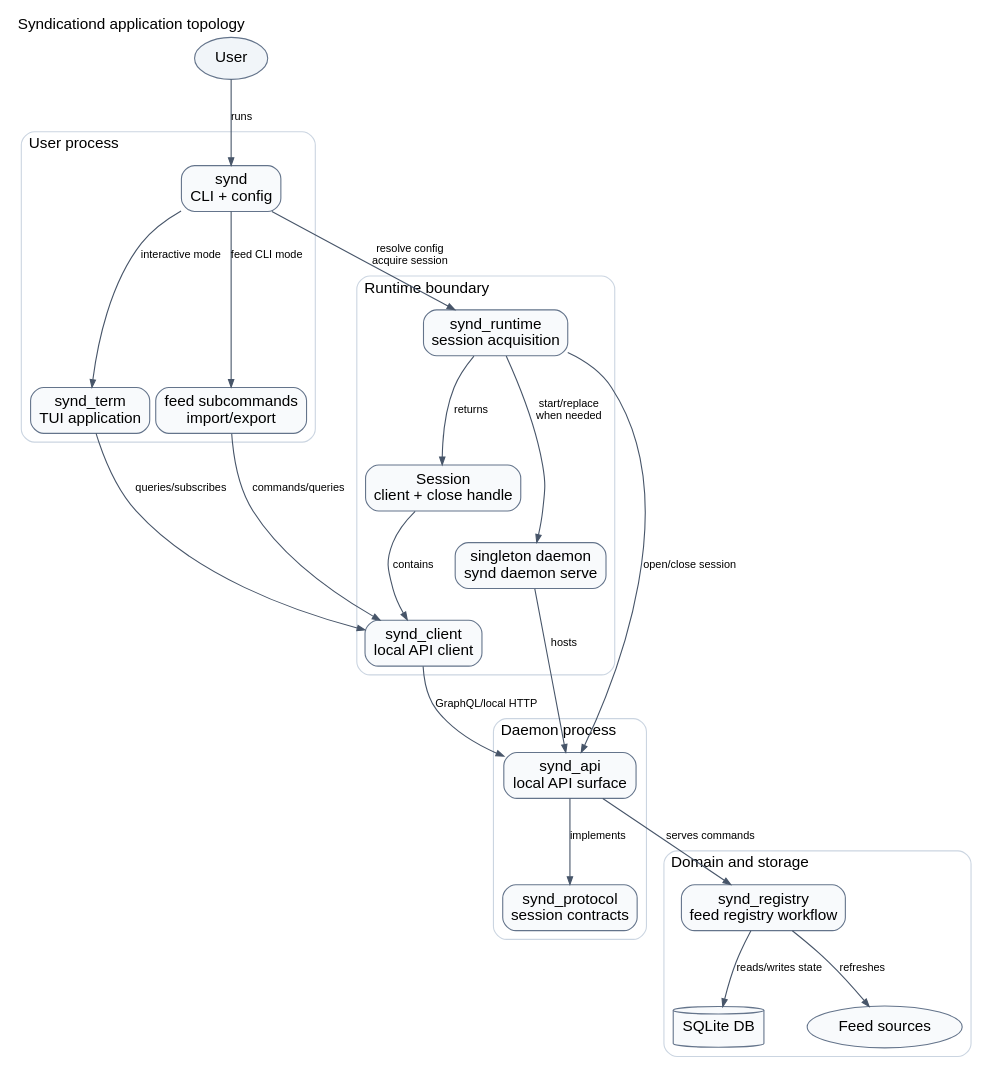
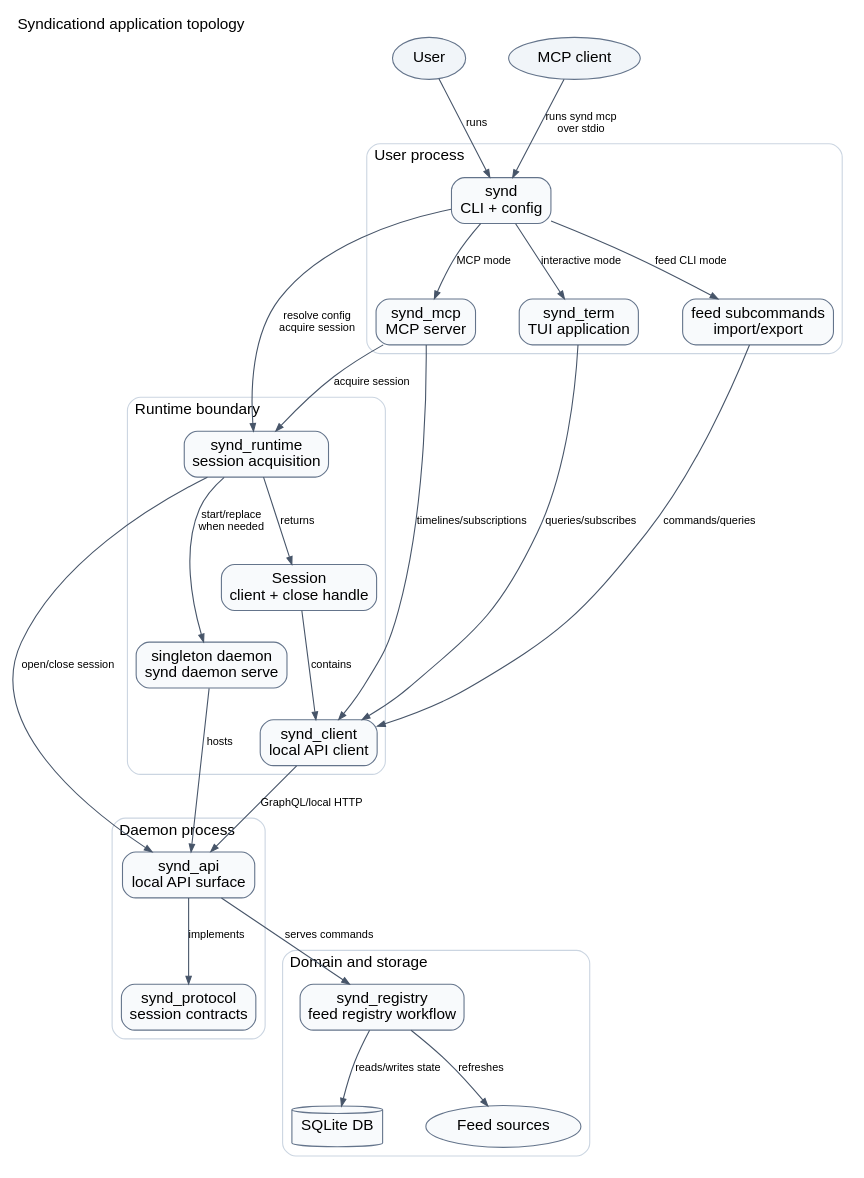
The diagram in etc/dot/overview.dot (ymgyt/syndicationd), drawn with Graphviz before and after one commit. The commit also changed 2 other files, not shown here.

Commit message:
doc: describe the shared daemon and MCP setup

```diff
--- a/etc/dot/overview.dot
+++ b/etc/dot/overview.dot
@@ -1,95 +1,108 @@
 digraph {
     graph [
         layout=dot,
         rankdir=TB,
         label="Syndicationd application topology",
         labelloc="top",
         labeljust="left",
         fontname="Helvetica,Arial,sans-serif",
         compound=true,
         newrank=true,
         nodesep=0.55,
         ranksep=0.8
     ];
 
     node [
         shape=box,
         style="rounded,filled",
         fillcolor="#f8fafc",
         color="#64748b",
         fontname="Helvetica,Arial,sans-serif",
         margin="0.12,0.08"
     ];
 
     edge [
         color="#475569",
         fontname="Helvetica,Arial,sans-serif",
         fontsize=10,
         arrowsize=0.7
     ];
 
     user [
         label="User",
         shape=oval,
         fillcolor="#f1f5f9"
     ];
 
+    mcp_client [
+        label="MCP client",
+        shape=oval,
+        fillcolor="#f1f5f9"
+    ];
+
     subgraph cluster_app {
         label="User process";
         color="#cbd5e1";
         style="rounded";
 
         synd [ label="synd\nCLI + config" ];
         term [ label="synd_term\nTUI application" ];
         feed_commands [ label="feed subcommands\nimport/export" ];
+        mcp [ label="synd_mcp\nMCP server" ];
+
+        { rank=same; mcp; term; feed_commands; }
     }
 
     subgraph cluster_runtime {
         label="Runtime boundary";
         color="#cbd5e1";
         style="rounded";
 
         runtime [ label="synd_runtime\nsession acquisition" ];
         session [ label="Session\nclient + close handle" ];
         client [ label="synd_client\nlocal API client" ];
         daemon [ label="singleton daemon\nsynd daemon serve" ];
     }
 
     subgraph cluster_api {
         label="Daemon process";
         color="#cbd5e1";
         style="rounded";
 
         api [ label="synd_api\nlocal API surface" ];
         protocol [ label="synd_protocol\nsession contracts" ];
     }
 
     subgraph cluster_domain {
         label="Domain and storage";
         color="#cbd5e1";
         style="rounded";
 
         registry [ label="synd_registry\nfeed registry workflow" ];
         sqlite [ label="SQLite DB", shape=cylinder ];
         feed_sources [ label="Feed sources", shape=oval ];
     }
 
     user -> synd [ label="runs" ];
+    mcp_client -> synd [ label="runs synd mcp\nover stdio" ];
     synd -> runtime [ label="resolve config\nacquire session" ];
     runtime -> daemon [ label="start/replace\nwhen needed" ];
     daemon -> api [ label="hosts" ];
     runtime -> api [ label="open/close session" ];
     runtime -> session [ label="returns" ];
     session -> client [ label="contains" ];
 
     synd -> term [ label="interactive mode" ];
     synd -> feed_commands [ label="feed CLI mode" ];
+    synd -> mcp [ label="MCP mode" ];
+    mcp -> runtime [ label="acquire session" ];
+    mcp -> client [ label="timelines/subscriptions" ];
     term -> client [ label="queries/subscribes" ];
     feed_commands -> client [ label="commands/queries" ];
 
     client -> api [ label="GraphQL/local HTTP" ];
     api -> protocol [ label="implements" ];
     api -> registry [ label="serves commands" ];
     registry -> sqlite [ label="reads/writes state" ];
     registry -> feed_sources [ label="refreshes" ];
 }
```
